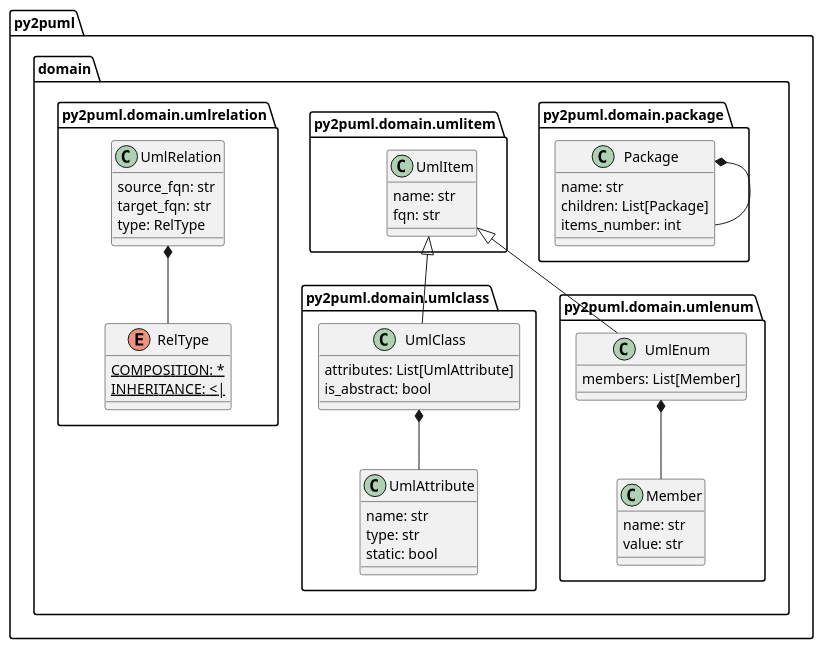
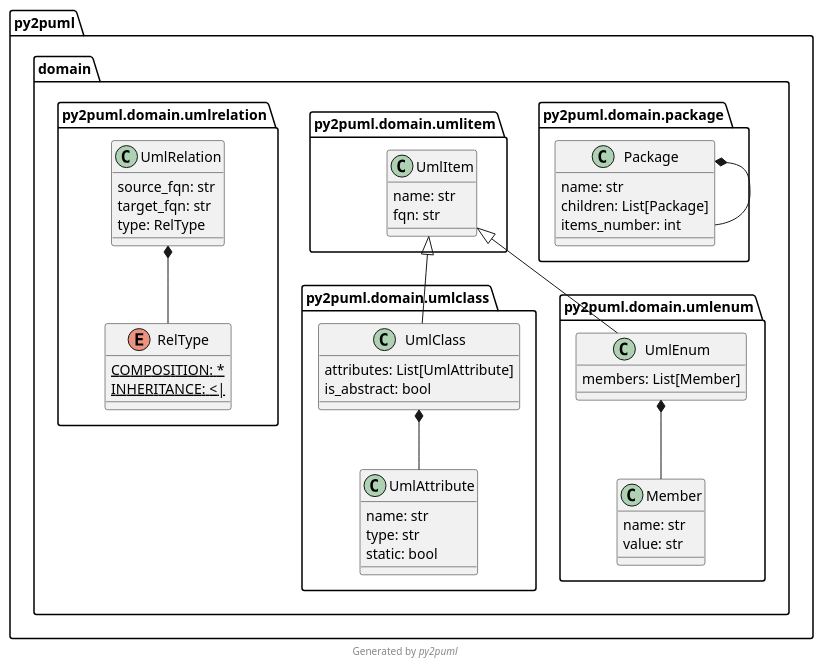
The diagram in README.md (lucsorel/py2puml), drawn with PlantUML before and after one commit. The commit also changed 3 other files, not shown here.

````diff
--- a/README.md
+++ b/README.md
@@ -79,51 +79,52 @@
 ```plantuml
 @startuml py2puml.domain
 namespace py2puml.domain {
   namespace package {}
   namespace umlclass {}
   namespace umlitem {}
   namespace umlenum {}
   namespace umlrelation {}
 }
 class py2puml.domain.package.Package {
   name: str
   children: List[Package]
   items_number: int
 }
 class py2puml.domain.umlclass.UmlAttribute {
   name: str
   type: str
   static: bool
 }
 class py2puml.domain.umlclass.UmlClass {
   attributes: List[UmlAttribute]
   is_abstract: bool
 }
 class py2puml.domain.umlitem.UmlItem {
   name: str
   fqn: str
 }
 class py2puml.domain.umlenum.Member {
   name: str
   value: str
 }
 class py2puml.domain.umlenum.UmlEnum {
   members: List[Member]
 }
 enum py2puml.domain.umlrelation.RelType {
   COMPOSITION: * {static}
   INHERITANCE: <| {static}
 }
 class py2puml.domain.umlrelation.UmlRelation {
   source_fqn: str
   target_fqn: str
   type: RelType
 }
 py2puml.domain.package.Package *-- py2puml.domain.package.Package
 py2puml.domain.umlclass.UmlClass *-- py2puml.domain.umlclass.UmlAttribute
 py2puml.domain.umlitem.UmlItem <|-- py2puml.domain.umlclass.UmlClass
 py2puml.domain.umlenum.UmlEnum *-- py2puml.domain.umlenum.Member
 py2puml.domain.umlitem.UmlItem <|-- py2puml.domain.umlenum.UmlEnum
 py2puml.domain.umlrelation.UmlRelation *-- py2puml.domain.umlrelation.RelType
+footer Generated by //py2puml//
 @enduml
 ```
````
